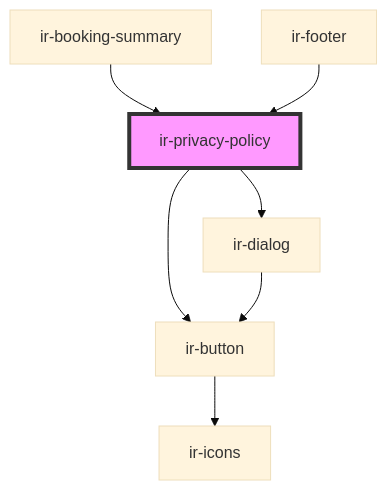
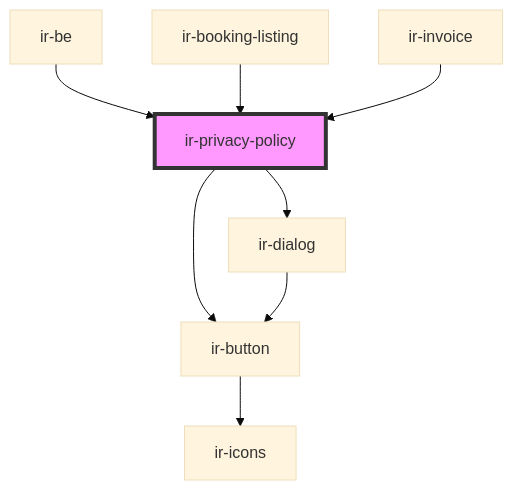
The diagram in src/components/ir-booking-engine/ir-privacy-policy/readme.md (RonyRizk/ir-be), drawn with Mermaid (base theme) before and after one commit. The commit also changed other lines of this file and 16 other files, not shown here.

````diff
--- a/src/components/ir-booking-engine/ir-privacy-policy/readme.md
+++ b/src/components/ir-booking-engine/ir-privacy-policy/readme.md
@@ -29,10 +54,11 @@
 ```mermaid
 graph TD;
   ir-privacy-policy --> ir-button
   ir-privacy-policy --> ir-dialog
   ir-button --> ir-icons
   ir-dialog --> ir-button
-  ir-booking-summary --> ir-privacy-policy
-  ir-footer --> ir-privacy-policy
+  ir-be --> ir-privacy-policy
+  ir-booking-listing --> ir-privacy-policy
+  ir-invoice --> ir-privacy-policy
   style ir-privacy-policy fill:#f9f,stroke:#333,stroke-width:4px
 ```
````
